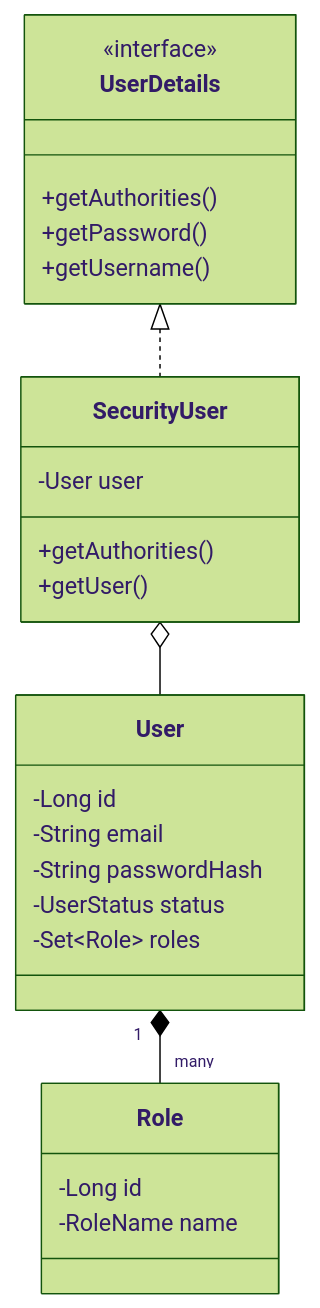
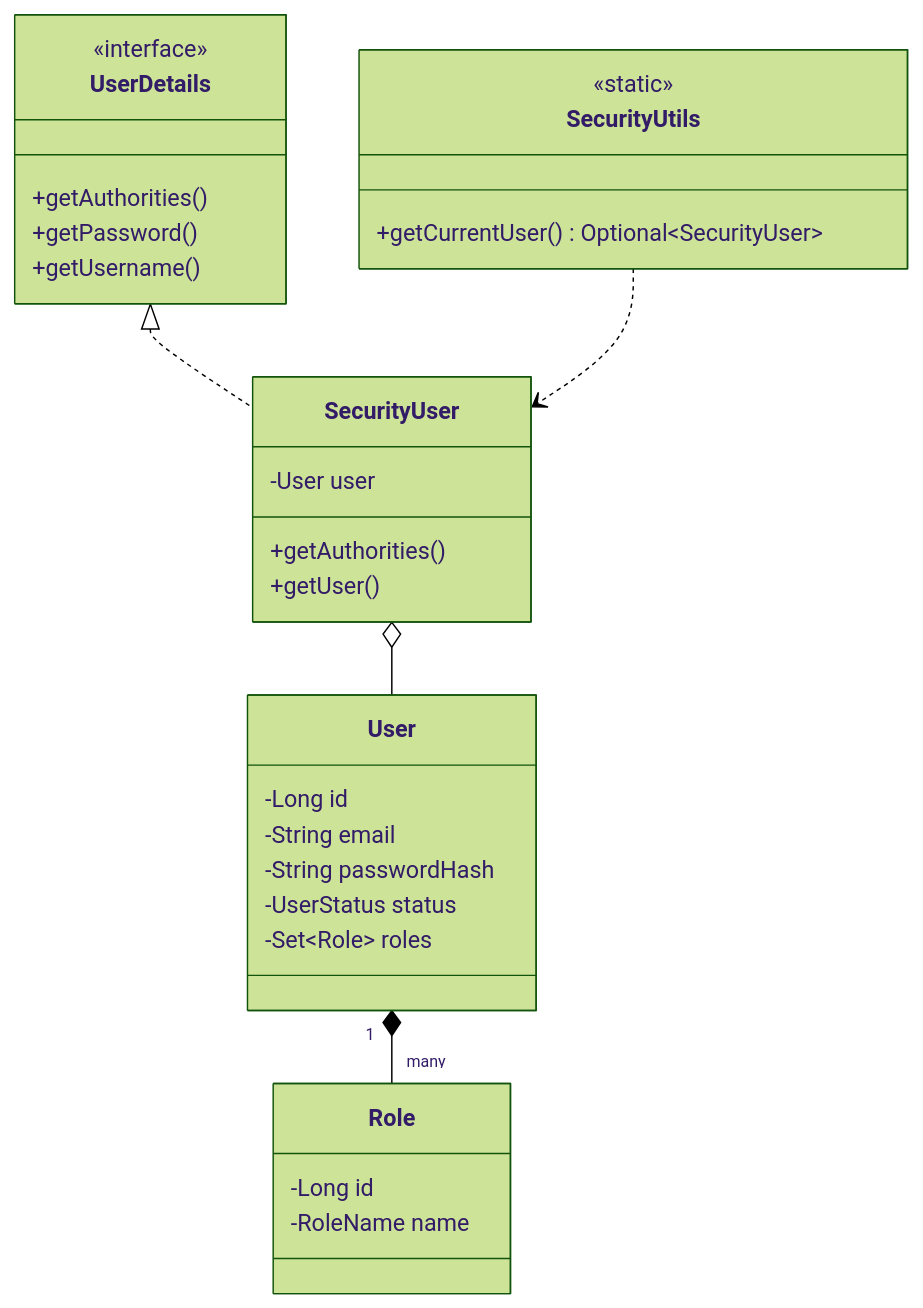
One commit to ursusandwolf/sportsbook changed the diagram in docs/UML.md. Above: the diagram before and after it, drawn with Mermaid (forest theme). The commit also changed other lines of this file and 2 other files, not shown here.

Commit message:
docs: Update changelog, documentation and UML for Iteration 5

````diff
--- a/docs/UML.md
+++ b/docs/UML.md
@@ -5,32 +5,38 @@
 ```mermaid
 classDiagram
     class UserDetails {
         <<interface>>
         +getAuthorities()
         +getPassword()
         +getUsername()
     }
 
     class SecurityUser {
         -User user
         +getAuthorities()
         +getUser()
+    }
+
+    class SecurityUtils {
+        <<static>>
+        +getCurrentUser() Optional~SecurityUser~
     }
 
     class User {
         -Long id
         -String email
         -String passwordHash
         -UserStatus status
         -Set~Role~ roles
     }
 
     class Role {
         -Long id
         -RoleName name
     }
 
     UserDetails <|.. SecurityUser
     SecurityUser o-- User
     User "1" *-- "many" Role
+    SecurityUtils ..> SecurityUser
 ```
````
